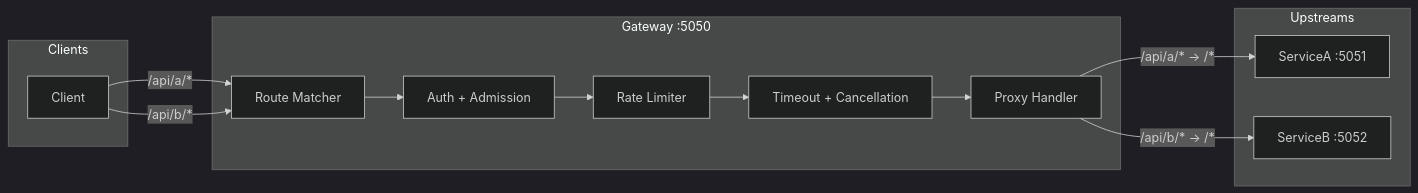
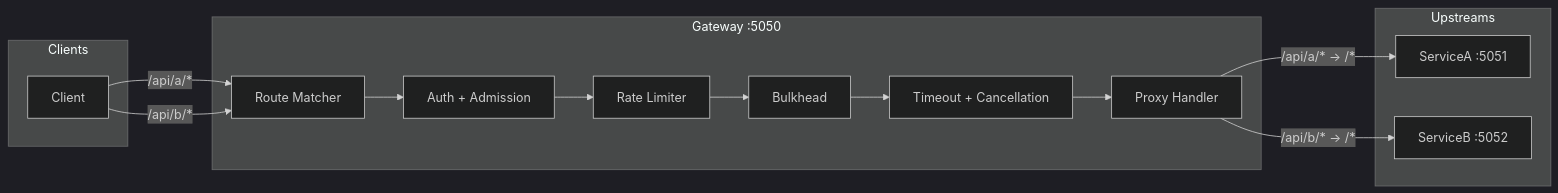
The third of 3 diagrams in README.md (Am64r/mini-gateway), drawn with Mermaid (dark theme) before and after one commit. The commit also changed other lines of this file and 5 other files, not shown here.

````diff
--- a/README.md
+++ b/README.md
@@ -50,25 +54,26 @@
 ```mermaid
 flowchart LR
     subgraph Clients
         C1[Client]
     end
 
     subgraph Gateway[Gateway :5050]
         R[Route Matcher]
         A0[Auth + Admission]
         RL[Rate Limiter]
+        BH[Bulkhead]
         T[Timeout + Cancellation]
         P[Proxy Handler]
     end
 
     subgraph Upstreams
         A[ServiceA :5051]
         B[ServiceB :5052]
     end
 
     C1 -->|/api/a/*| R
     C1 -->|/api/b/*| R
-    R --> A0 --> RL --> T --> P
+    R --> A0 --> RL --> BH --> T --> P
     P -->|/api/a/* → /*| A
     P -->|/api/b/* → /*| B
 ```
````
